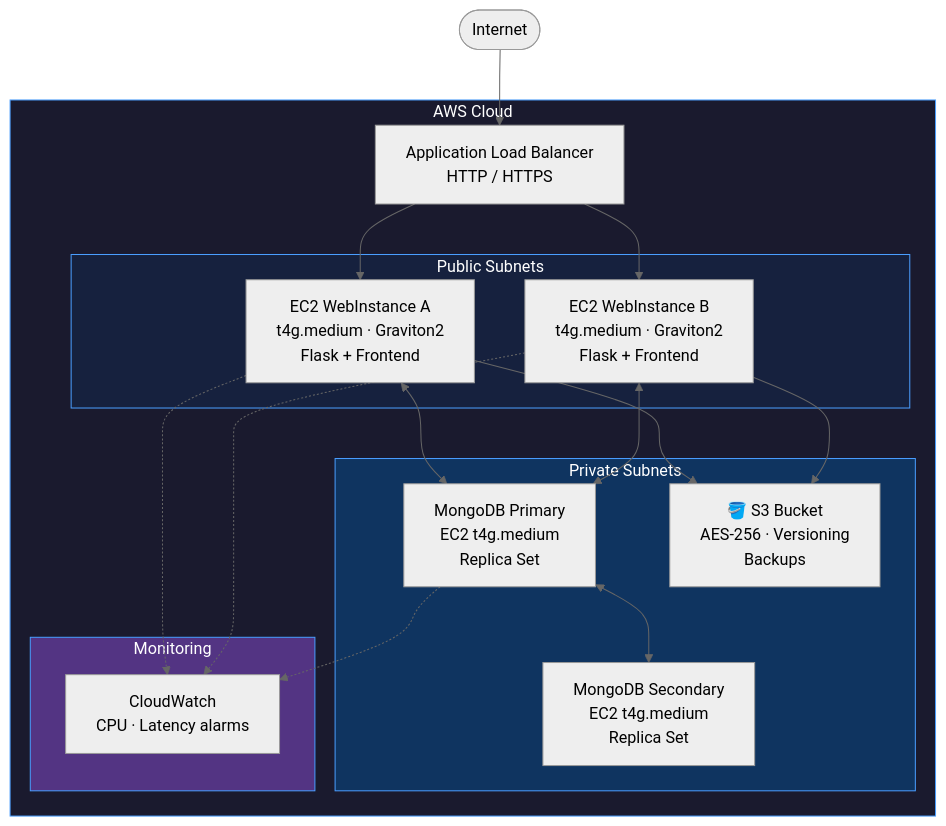
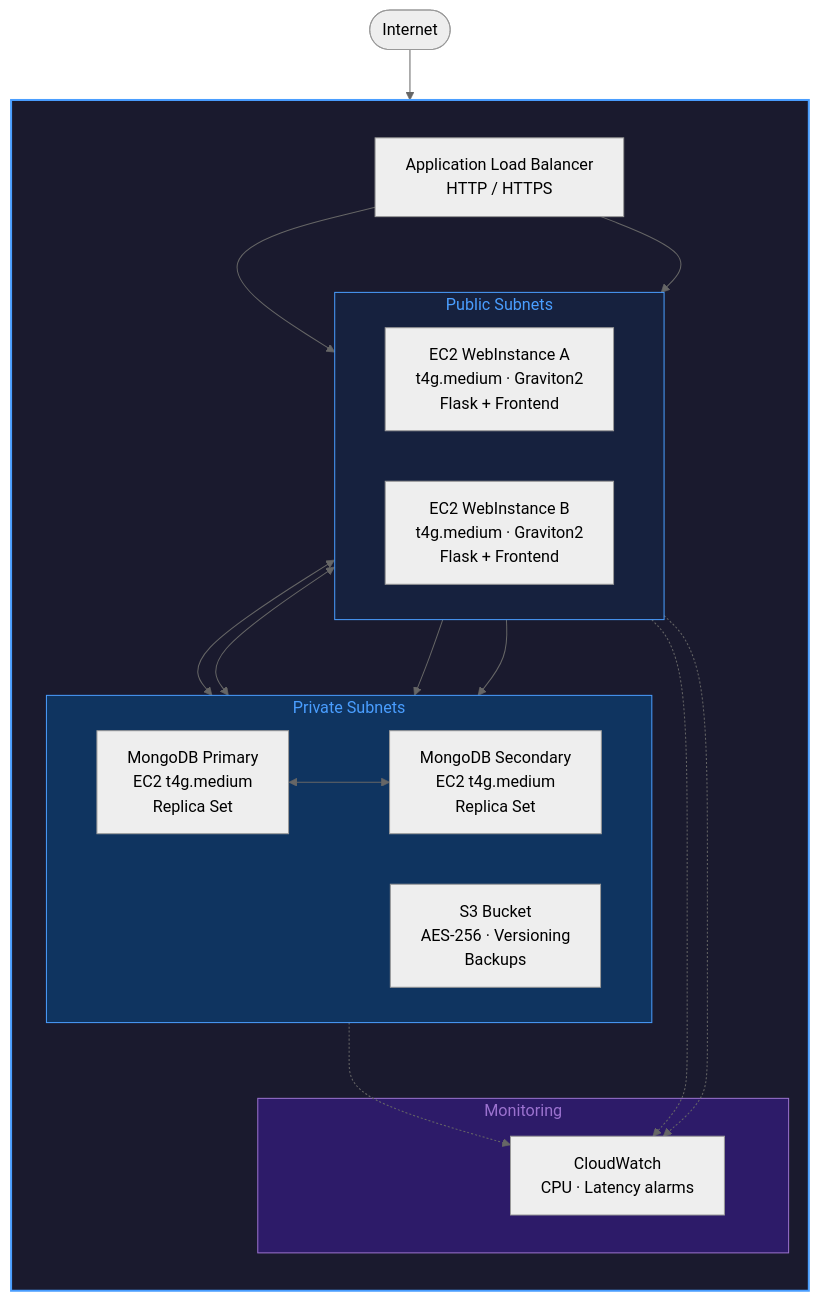
Before and after one commit to gvmmo/ThreatHunt: the first of 3 diagrams in docs/architecture.md, drawn with Mermaid (neutral theme). The commit also changed other lines of this file, not shown here.

````diff
--- a/docs/architecture.md
+++ b/docs/architecture.md
@@ -11,39 +11,55 @@
 ```mermaid
 graph TD
     Internet([Internet]) --> ALB
- 
-    subgraph AWS ["AWS Cloud"]
-        ALB["Application Load Balancer\nHTTP / HTTPS"]
- 
+
+    subgraph AWS [" "]
+        direction TB
+
+        ALB["Application Load Balancer
+        HTTP / HTTPS"]
+
         subgraph Public ["Public Subnets"]
-            WebA["EC2 WebInstance A\nt4g.medium · Graviton2\nFlask + Frontend"]
-            WebB["EC2 WebInstance B\nt4g.medium · Graviton2\nFlask + Frontend"]
+            direction LR
+            WebA["EC2 WebInstance A
+            t4g.medium · Graviton2
+            Flask + Frontend"]
+            WebB["EC2 WebInstance B
+            t4g.medium · Graviton2
+            Flask + Frontend"]
         end
- 
+
         subgraph Private ["Private Subnets"]
-            MongoPrimary["MongoDB Primary\nEC2 t4g.medium\nReplica Set"]
-            MongoSecondary["MongoDB Secondary\nEC2 t4g.medium\nReplica Set"]
-            S3["🪣 S3 Bucket\nAES-256 · Versioning\nBackups"]
+            direction LR
+            MongoPrimary["MongoDB Primary
+            EC2 t4g.medium
+            Replica Set"]
+            MongoSecondary["MongoDB Secondary
+            EC2 t4g.medium
+            Replica Set"]
+            S3["S3 Bucket
+            AES-256 · Versioning
+            Backups"]
         end
- 
+
         subgraph Monitoring ["Monitoring"]
-            CloudWatch["CloudWatch\nCPU · Latency alarms"]
+            CloudWatch["CloudWatch
+            CPU · Latency alarms"]
         end
     end
- 
+
     ALB --> WebA
     ALB --> WebB
     WebA <--> MongoPrimary
     WebB <--> MongoPrimary
     MongoPrimary <--> MongoSecondary
     WebA --> S3
     WebB --> S3
     WebA -.-> CloudWatch
     WebB -.-> CloudWatch
     MongoPrimary -.-> CloudWatch
- 
-    style AWS fill:#1a1a2e,stroke:#4a9eff,color:#fff
-    style Public fill:#16213e,stroke:#4a9eff,color:#fff
-    style Private fill:#0f3460,stroke:#4a9eff,color:#fff
-    style Monitoring fill:#533483,stroke:#4a9eff,color:#fff
+
+    style AWS fill:#1a1a2e,stroke:#4a9eff,stroke-width:2px,color:#fff
+    style Public fill:#16213e,stroke:#4a9eff,stroke-width:1px,color:#4a9eff
+    style Private fill:#0f3460,stroke:#4a9eff,stroke-width:1px,color:#4a9eff
+    style Monitoring fill:#2d1b69,stroke:#9b72cf,stroke-width:1px,color:#9b72cf
 ```
````
